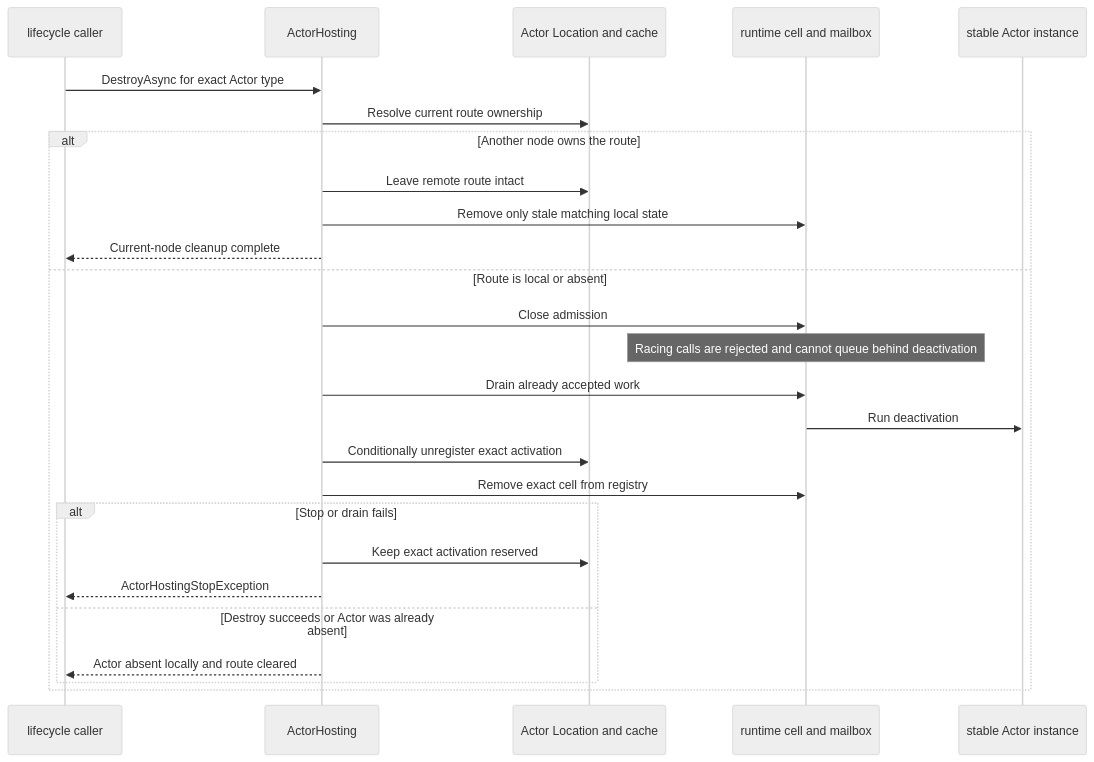
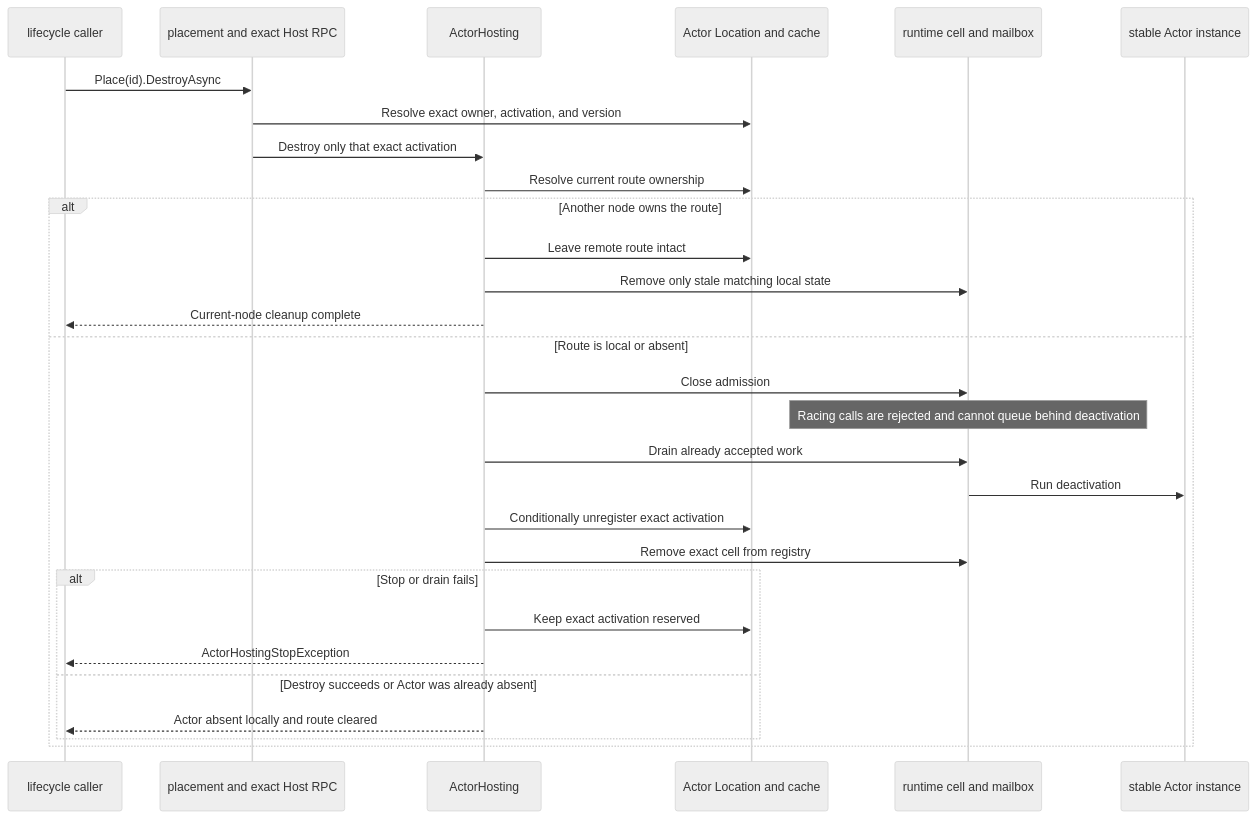
One commit to bruce48x/Lakona changed the sixth of 7 diagrams in docs/actor.md. Above: the diagram before and after it, drawn with Mermaid (neutral theme). The commit also changed other lines of this file and 42 other files, not shown here.

````diff
--- a/docs/actor.md
+++ b/docs/actor.md
@@ -502,29 +524,32 @@
 ```mermaid
 sequenceDiagram
     participant C as lifecycle caller
+    participant P as placement and exact Host RPC
     participant H as ActorHosting
     participant D as Actor Location and cache
     participant M as runtime cell and mailbox
     participant A as stable Actor instance
 
-    C->>H: DestroyAsync for exact Actor type
+    C->>P: Place(id).DestroyAsync
+    P->>D: Resolve exact owner, activation, and version
+    P->>H: Destroy only that exact activation
     H->>D: Resolve current route ownership
     alt Another node owns the route
         H->>D: Leave remote route intact
         H->>M: Remove only stale matching local state
         H-->>C: Current-node cleanup complete
     else Route is local or absent
         H->>M: Close admission
         Note over M: Racing calls are rejected and cannot queue behind deactivation
         H->>M: Drain already accepted work
         M->>A: Run deactivation
         H->>D: Conditionally unregister exact activation
         H->>M: Remove exact cell from registry
         alt Stop or drain fails
             H->>D: Keep exact activation reserved
             H-->>C: ActorHostingStopException
         else Destroy succeeds or Actor was already absent
             H-->>C: Actor absent locally and route cleared
         end
     end
 ```
````
